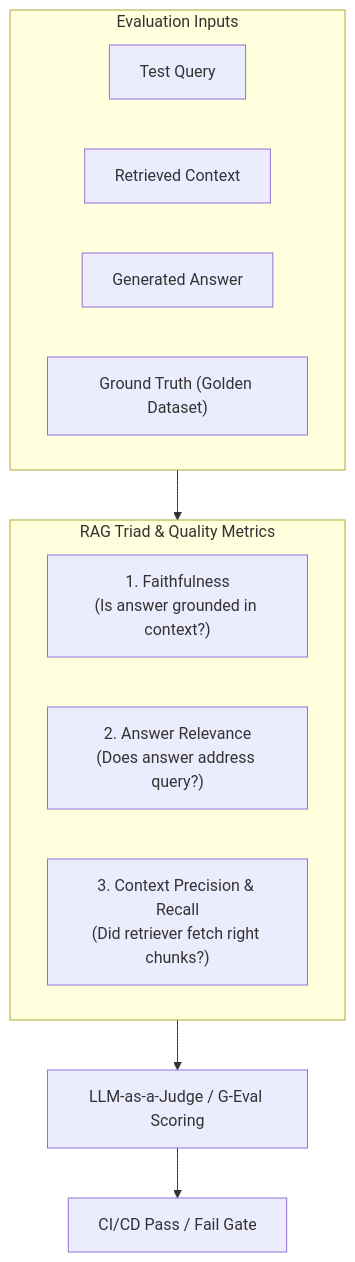
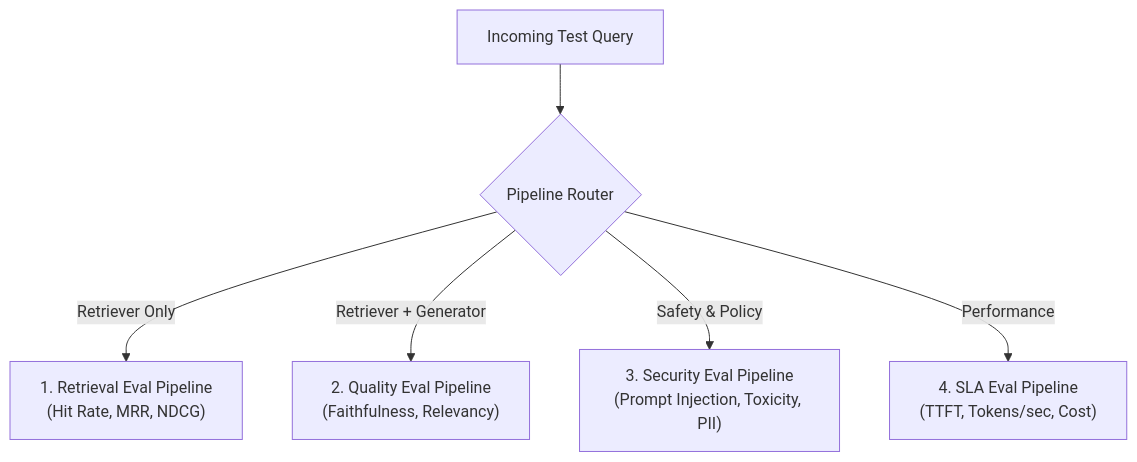
The diagram in docs/06-llm-evaluation/01-llm-evaluation-campusx/04-why-your-ai-application-needs-multiple-e.md (DeshDeepakKant/ai-engineering-docs), drawn with Mermaid before and after one commit. The commit also changed other lines of this file and 182 other files, not shown here.

````diff
--- a/docs/06-llm-evaluation/01-llm-evaluation-campusx/04-why-your-ai-application-needs-multiple-e.md
+++ b/docs/06-llm-evaluation/01-llm-evaluation-campusx/04-why-your-ai-application-needs-multiple-e.md
@@ -35,19 +35,9 @@
 ```mermaid
 flowchart TD
-    subgraph Input["Evaluation Inputs"]
-        Q["Test Query"]
-        C["Retrieved Context"]
-        A["Generated Answer"]
-        G["Ground Truth (Golden Dataset)"]
-    end
-
-    subgraph Metrics["RAG Triad & Quality Metrics"]
-        F["1. Faithfulness\n(Is answer grounded in context?)"]
-        R["2. Answer Relevance\n(Does answer address query?)"]
-        P["3. Context Precision & Recall\n(Did retriever fetch right chunks?)"]
-    end
-
-    Input --> Metrics
-    Metrics --> Judge["LLM-as-a-Judge / G-Eval Scoring"]
-    Judge --> PassFail["CI/CD Pass / Fail Gate"]
+    Query["Incoming Test Query"] --> PipeSplit{"Pipeline Router"}
+    
+    PipeSplit -->|Retriever Only| Pipe1["1. Retrieval Eval Pipeline\n(Hit Rate, MRR, NDCG)"]
+    PipeSplit -->|Retriever + Generator| Pipe2["2. Quality Eval Pipeline\n(Faithfulness, Relevancy)"]
+    PipeSplit -->|Safety & Policy| Pipe3["3. Security Eval Pipeline\n(Prompt Injection, Toxicity, PII)"]
+    PipeSplit -->|Performance| Pipe4["4. SLA Eval Pipeline\n(TTFT, Tokens/sec, Cost)"]
 ```
````
